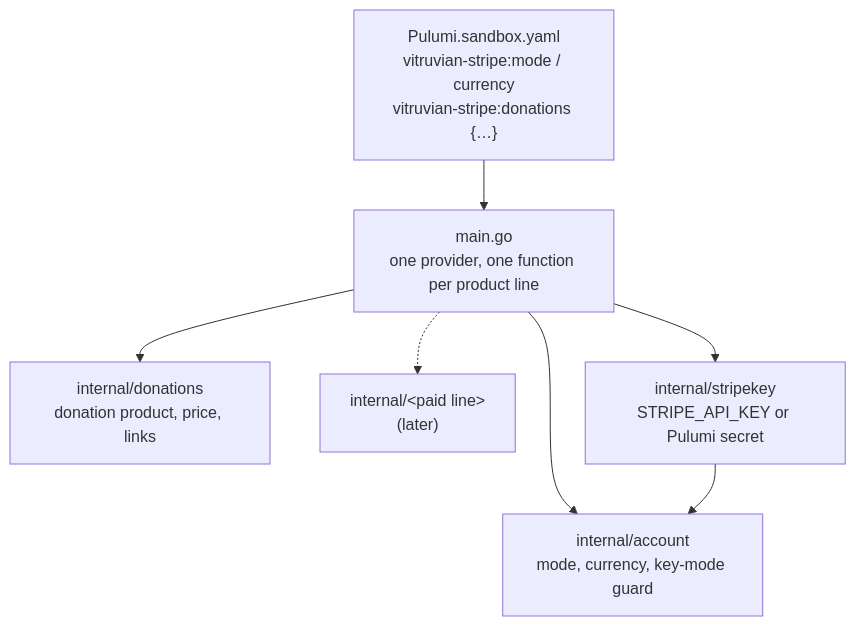
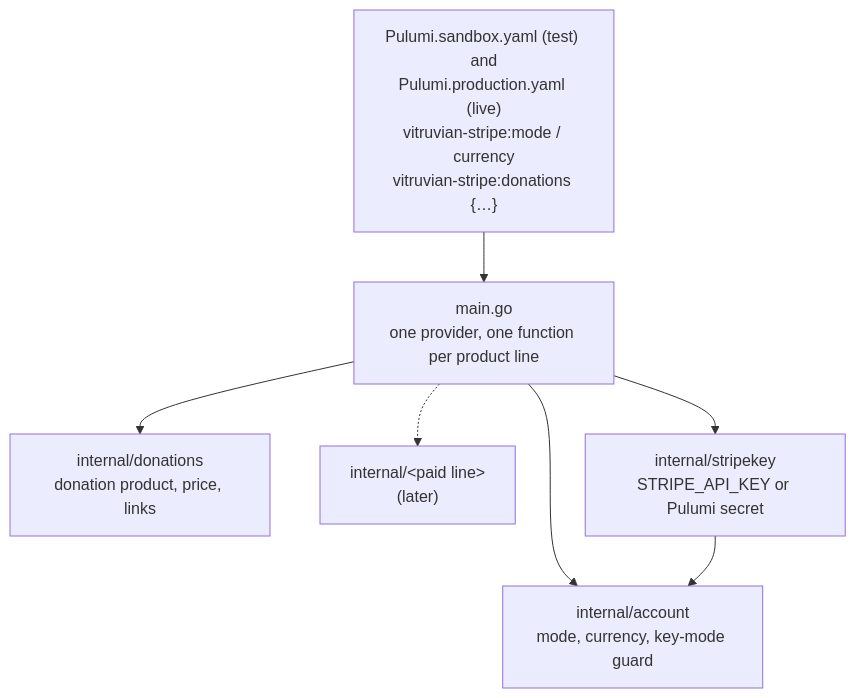
Before and after one commit to VitruvianSoftware/vitruvian-core: the first of 5 diagrams in infrastructure/pulumi/platform/stripe/README.md, drawn with Mermaid. The commit also changed other lines of this file and 18 other files, not shown here.

First line of the commit message:
feat(infra): apply the Stripe stacks from CI, sandbox first, then production behind a reviewer (#4405)

````diff
--- a/infrastructure/pulumi/platform/stripe/README.md
+++ b/infrastructure/pulumi/platform/stripe/README.md
@@ -39,9 +42,9 @@
 ```mermaid
 flowchart TB
   M["main.go<br/>one provider, one function per product line"] --> A["internal/account<br/>mode, currency, key-mode guard"]
   M --> D["internal/donations<br/>donation product, price, links"]
   M -.-> F["internal/&lt;paid line&gt;<br/>(later)"]
   M --> K["internal/stripekey<br/>STRIPE_API_KEY or Pulumi secret"]
   K --> A
-  C["Pulumi.sandbox.yaml<br/>vitruvian-stripe:mode / currency<br/>vitruvian-stripe:donations {…}"] --> M
+  C["Pulumi.sandbox.yaml (test) and<br/>Pulumi.production.yaml (live)<br/>vitruvian-stripe:mode / currency<br/>vitruvian-stripe:donations {…}"] --> M
 ```
````
